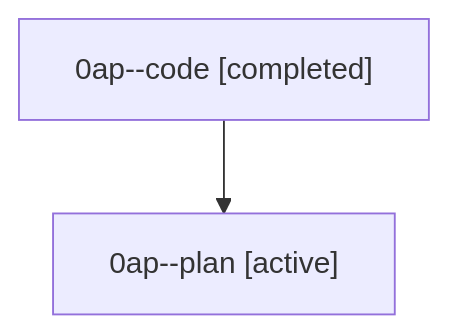
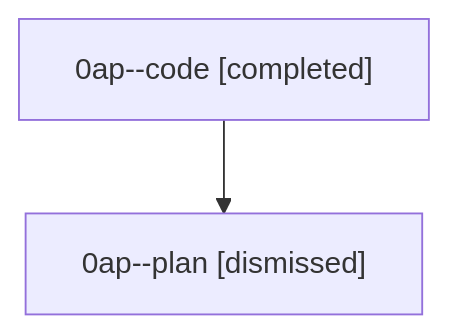
The diagram in sessions/bbugyi200.athena.0ap.md (sase-org/sase--agents), drawn with Mermaid before and after one commit. The commit also changed other lines of this file and 42 other files, not shown here.

````diff
--- a/sessions/bbugyi200.athena.0ap.md
+++ b/sessions/bbugyi200.athena.0ap.md
@@ -9,6 +9,6 @@
 ```mermaid
 flowchart TD
   n0["0ap--code [completed]"]
-  n1["0ap--plan [active]"]
+  n1["0ap--plan [dismissed]"]
   n0 --> n1
 ```
````
